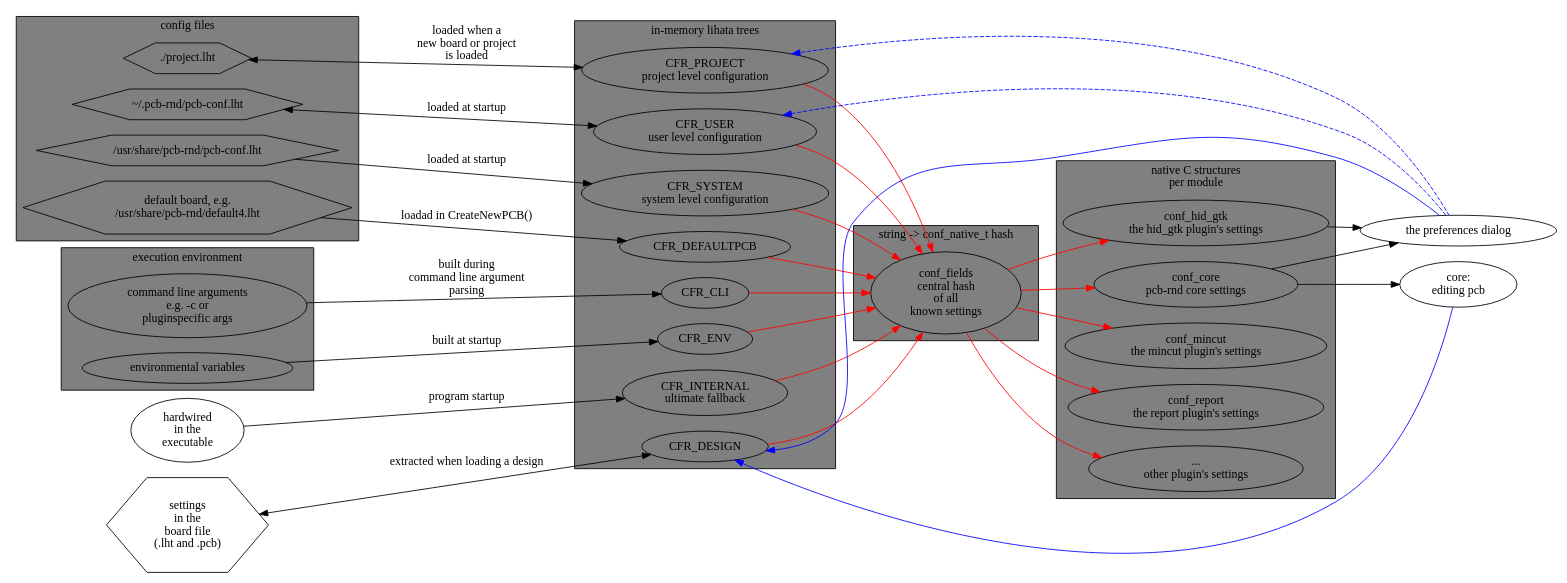
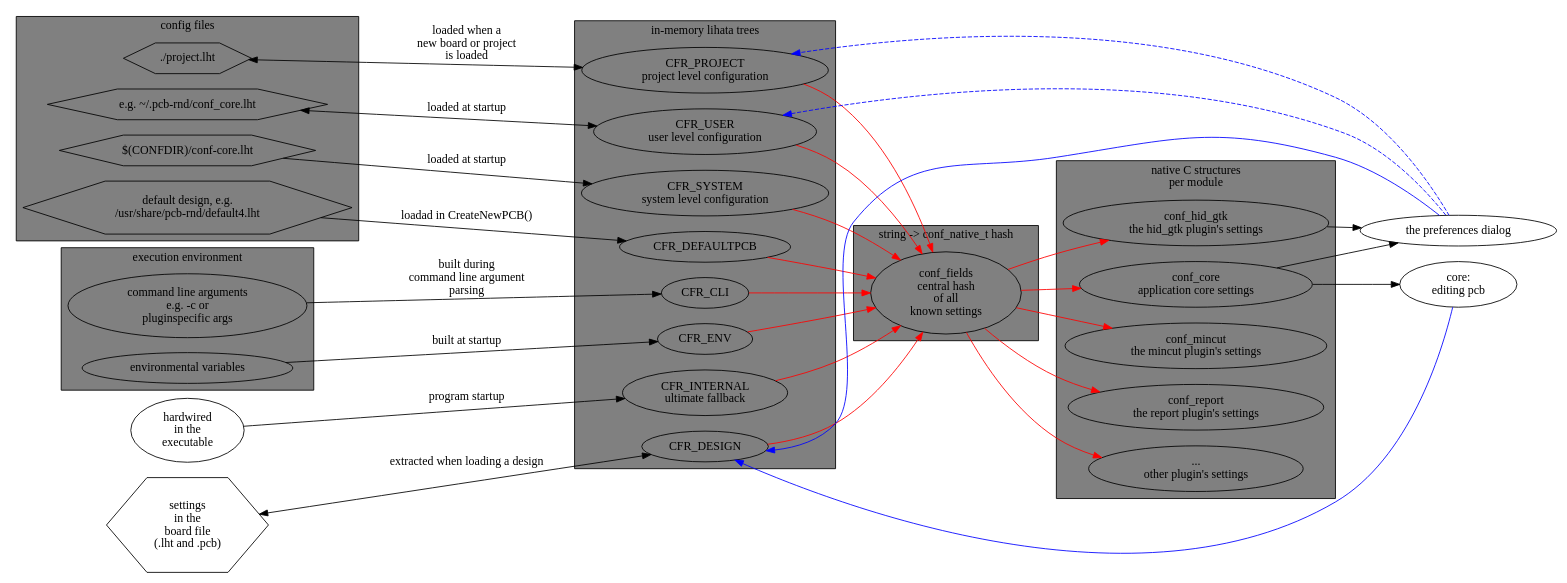
Before and after one commit to NoSuchProcess/pcb-librnd: the diagram in doc/conf/src/merging.dot, drawn with Graphviz. The commit also changed 13 other files, not shown here.

Commit message:
[doc] -Cleanup: switch over pcb-rnd referneces

```diff
--- a/doc/conf/src/merging.dot
+++ b/doc/conf/src/merging.dot
@@ -1,103 +1,103 @@
 digraph g {
 	rankdir=LR;
 
 	subgraph cluster_memtree {
 		label="in-memory lihata trees"
 		bgcolor=grey
 		rank=same
 		CFR_INTERNAL    [label="CFR_INTERNAL\nultimate fallback"]
 		CFR_SYSTEM      [label="CFR_SYSTEM\nsystem level configuration"]
 		CFR_DEFAULTPCB  [label="CFR_DEFAULTPCB"]
 		CFR_USER        [label="CFR_USER\nuser level configuration"]
 		CFR_ENV         [label="CFR_ENV"]
 		CFR_PROJECT     [label="CFR_PROJECT\nproject level configuration"]
 		CFR_DESIGN      [label="CFR_DESIGN"]
 		CFR_CLI         [label="CFR_CLI"]
 	}
 
 	subgraph cluster_fields {
 		label="string -> conf_native_t hash"
 		bgcolor=grey
 		conf_fields     [label="conf_fields\ncentral hash\nof all\nknown settings"]
 	}
 
 	subgraph cluster_native {
 		label="native C structures\nper module"
 		bgcolor=grey
-		conf_core       [label="conf_core\npcb-rnd core settings"]
+		conf_core       [label="conf_core\napplication core settings"]
 		conf_hid_gtk    [label="conf_hid_gtk\nthe hid_gtk plugin's settings"]
 		conf_mincut     [label="conf_mincut\nthe mincut plugin's settings"]
 		conf_report     [label="conf_report\nthe report plugin's settings"]
 		conf_other      [label="...\nother plugin's settings"]
 	}
 
 	CFR_INTERNAL    -> conf_fields [color=red]
 	CFR_SYSTEM      -> conf_fields [color=red]
 	CFR_DEFAULTPCB  -> conf_fields [color=red]
 	CFR_USER        -> conf_fields [color=red]
 	CFR_ENV         -> conf_fields [color=red]
 	CFR_PROJECT     -> conf_fields [color=red]
 	CFR_DESIGN      -> conf_fields [color=red]
 	CFR_CLI         -> conf_fields [color=red]
 
 
 #	CFR_INTERNAL    -> CFR_SYSTEM
 #	CFR_SYSTEM      -> CFR_DEFAULTPCB
 #	CFR_DEFAULTPCB  -> CFR_USER
 #	CFR_USER        -> CFR_ENV
 #	CFR_ENV         -> CFR_PROJECT
 #	CFR_PROJECT     -> CFR_DESIGN
 #	CFR_DESIGN      -> CFR_CLI
 
 	conf_fields -> conf_core      [color=red]
 	conf_fields -> conf_hid_gtk   [color=red]
 	conf_fields -> conf_mincut    [color=red]
 	conf_fields -> conf_report    [color=red]
 	conf_fields -> conf_other     [color=red]
 
 
 
 	subgraph cluster_files {
 		label="config files"
 		bgcolor=grey
-		lht_system        [label="/usr/share/pcb-rnd/pcb-conf.lht" shape=hexagon]
-		pcb_default       [label="default board, e.g.\n/usr/share/pcb-rnd/default4.lht" shape=hexagon]
+		lht_system        [label="$(CONFDIR)/conf-core.lht" shape=hexagon]
+		pcb_default       [label="default design, e.g.\n/usr/share/pcb-rnd/default4.lht" shape=hexagon]
 		project           [label="./project.lht" shape=hexagon]
-		lht_user          [label="~/.pcb-rnd/pcb-conf.lht" shape=hexagon]
+		lht_user          [label="e.g. ~/.pcb-rnd/conf_core.lht" shape=hexagon]
 	}
 
 	subgraph cluster_exec_env {
 		label="execution environment"
 		bgcolor=grey
 		env               [label="environmental variables"]
 		cli               [label="command line arguments\ne.g. -c or\npluginspecific args"]
 	}
 
 	lht_internal      [label="hardwired\nin the\nexecutable"]
 	design            [label="settings\nin the\nboard file\n(.lht and .pcb)" shape=hexagon]
 
 	lht_internal -> CFR_INTERNAL    [label="program startup"]
 	lht_system   -> CFR_SYSTEM      [label="loaded at startup"]
 	pcb_default  -> CFR_DEFAULTPCB  [label="loadad in CreateNewPCB()"]
 	lht_user     -> CFR_USER        [label="loaded at startup" dir=both]
 	env          -> CFR_ENV         [label="built at startup"]
 	project      -> CFR_PROJECT     [label="loaded when a\nnew board or project\nis loaded" dir=both]
 	design       -> CFR_DESIGN      [label="extracted when loading a design" dir=both]
 	cli          -> CFR_CLI         [label="built during\ncommand line argument\nparsing"]
 
 
 	hid_gtk [label="the preferences dialog"]
 
 	conf_core     -> hid_gtk [weight=100]
 	conf_hid_gtk  -> hid_gtk
 
 	hid_gtk -> CFR_DESIGN  [color=blue weigth=0]
 	hid_gtk -> CFR_PROJECT [color=blue weigth=0 style=dashed]
 	hid_gtk -> CFR_USER    [color=blue weigth=0 style=dashed]
 
 
 	editor  [label="core:\nediting pcb"]
 	conf_core -> editor   [weight=100]
 	editor -> CFR_DESIGN  [color=blue weigth=0]
 
 }
```
